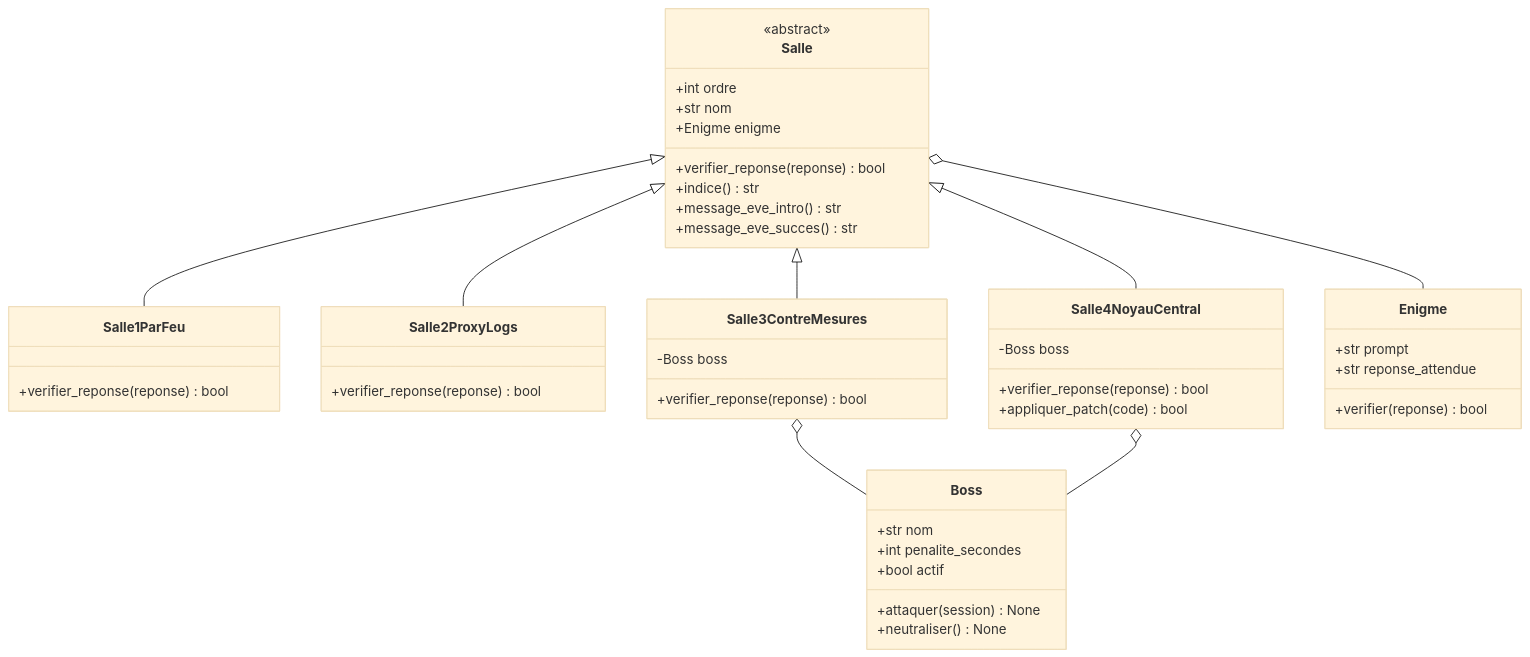
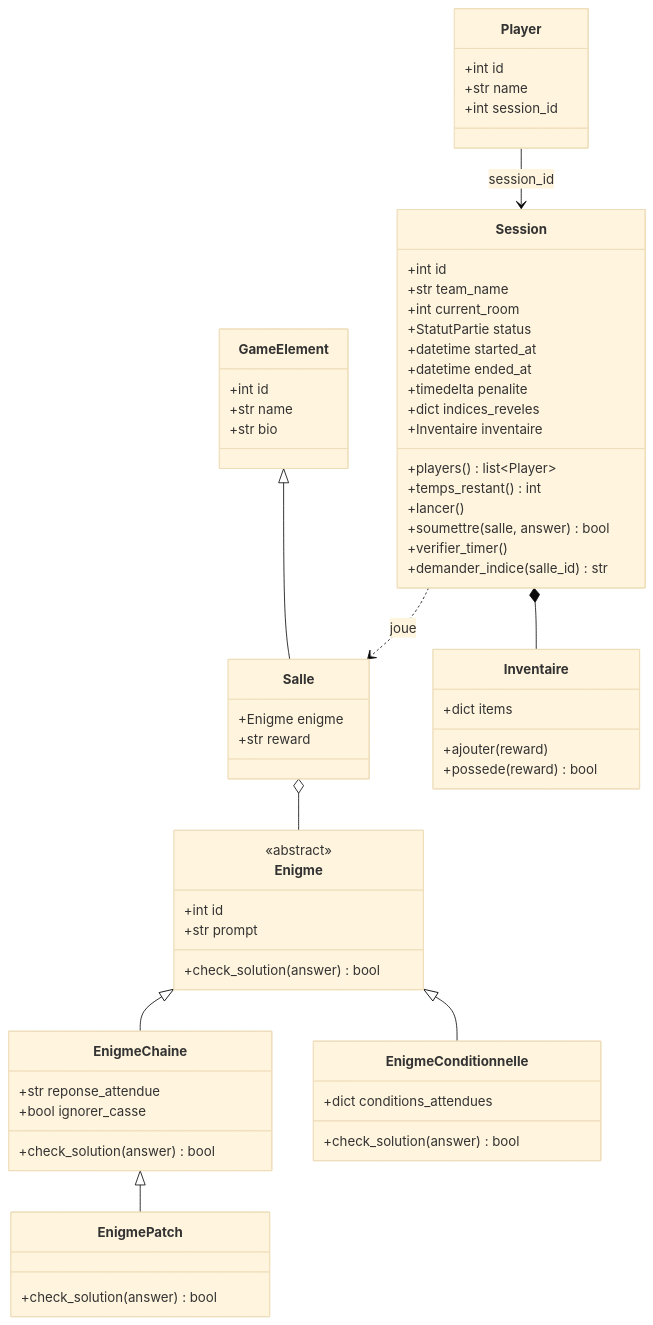
The fourth of 4 diagrams in R00t_Override/docs/architecture.md (Benjylem/Python-FastAPI), drawn with Mermaid (base theme) before and after one commit. The commit also changed other lines of this file and 2 other files, not shown here.

First line of the commit message:
[FIX] doc alignee sur le code : services/, logs des routers, indices d'Eve

````diff
--- a/R00t_Override/docs/architecture.md
+++ b/R00t_Override/docs/architecture.md
@@ -149,48 +153,66 @@
 ```mermaid
 classDiagram
+    class GameElement {
+        +int id
+        +str name
+        +str bio
+    }
     class Salle {
-        <<abstract>>
-        +int ordre
-        +str nom
         +Enigme enigme
-        +verifier_reponse(reponse) bool
-        +indice() str
-        +message_eve_intro() str
-        +message_eve_succes() str
-    }
-    class Salle1ParFeu {
-        +verifier_reponse(reponse) bool
-    }
-    class Salle2ProxyLogs {
-        +verifier_reponse(reponse) bool
-    }
-    class Salle3ContreMesures {
-        -Boss boss
-        +verifier_reponse(reponse) bool
-    }
-    class Salle4NoyauCentral {
-        -Boss boss
-        +verifier_reponse(reponse) bool
-        +appliquer_patch(code) bool
-    }
-    class Boss {
-        +str nom
-        +int penalite_secondes
-        +bool actif
-        +attaquer(session) None
-        +neutraliser() None
+        +str reward
     }
     class Enigme {
+        <<abstract>>
+        +int id
         +str prompt
+        +check_solution(answer) bool
+    }
+    class EnigmeChaine {
         +str reponse_attendue
-        +verifier(reponse) bool
+        +bool ignorer_casse
+        +check_solution(answer) bool
+    }
+    class EnigmeConditionnelle {
+        +dict conditions_attendues
+        +check_solution(answer) bool
+    }
+    class EnigmePatch {
+        +check_solution(answer) bool
+    }
+    class Session {
+        +int id
+        +str team_name
+        +int current_room
+        +StatutPartie status
+        +datetime started_at
+        +datetime ended_at
+        +timedelta penalite
+        +dict indices_reveles
+        +Inventaire inventaire
+        +players() list~Player~
+        +temps_restant() int
+        +lancer()
+        +soumettre(salle, answer) bool
+        +verifier_timer()
+        +demander_indice(salle_id) str
+    }
+    class Inventaire {
+        +dict items
+        +ajouter(reward)
+        +possede(reward) bool
+    }
+    class Player {
+        +int id
+        +str name
+        +int session_id
     }
 
-    Salle <|-- Salle1ParFeu
-    Salle <|-- Salle2ProxyLogs
-    Salle <|-- Salle3ContreMesures
-    Salle <|-- Salle4NoyauCentral
+    GameElement <|-- Salle
+    Enigme <|-- EnigmeChaine
+    Enigme <|-- EnigmeConditionnelle
+    EnigmeChaine <|-- EnigmePatch
     Salle o-- Enigme
-    Salle3ContreMesures o-- Boss
-    Salle4NoyauCentral o-- Boss
+    Session *-- Inventaire
+    Session ..> Salle : joue
+    Player --> Session : session_id
 ```
````
